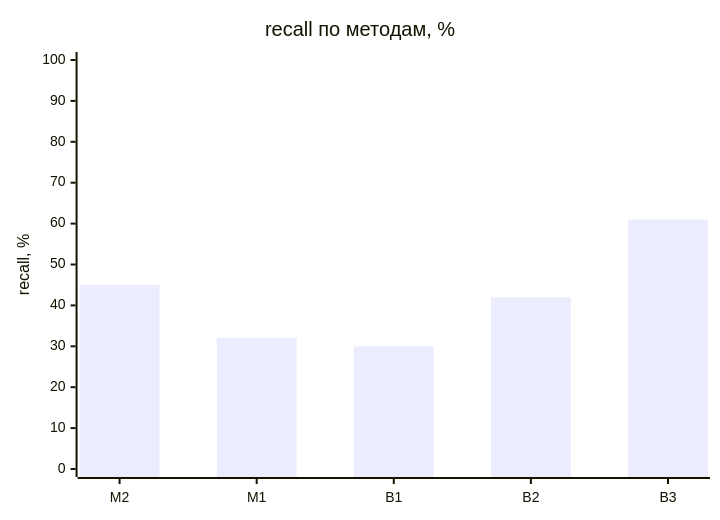
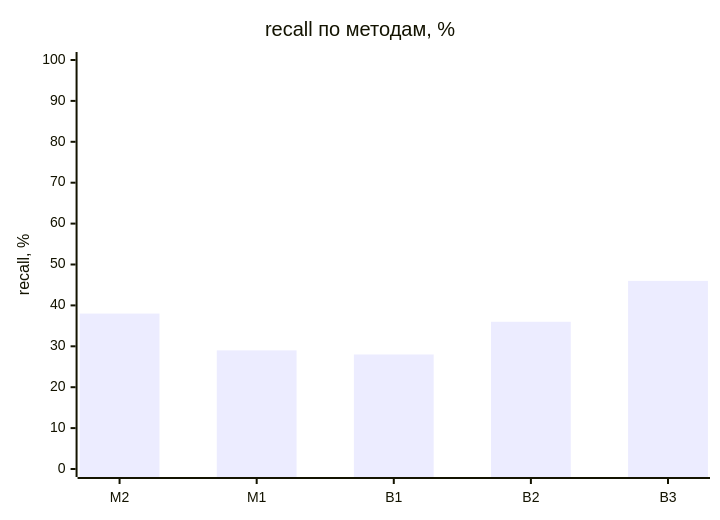
One commit to Axx-Axvd/reqgraph changed the first of 2 diagrams in evals/reports/results-2026-11-05-cheap-dev-v1-cheap.md. Above: the diagram before and after it, drawn with Mermaid. The commit also changed other lines of this file and 7 other files, not shown here.

````diff
--- a/evals/reports/results-2026-11-05-cheap-dev-v1-cheap.md
+++ b/evals/reports/results-2026-11-05-cheap-dev-v1-cheap.md
@@ -50,7 +65,7 @@
 ```mermaid
 xychart-beta
     title "recall по методам, %"
     x-axis ["M2", "M1", "B1", "B2", "B3"]
     y-axis "recall, %" 0 --> 100
-    bar [45, 32, 30, 42, 61]
+    bar [38, 29, 28, 36, 46]
 ```
````
